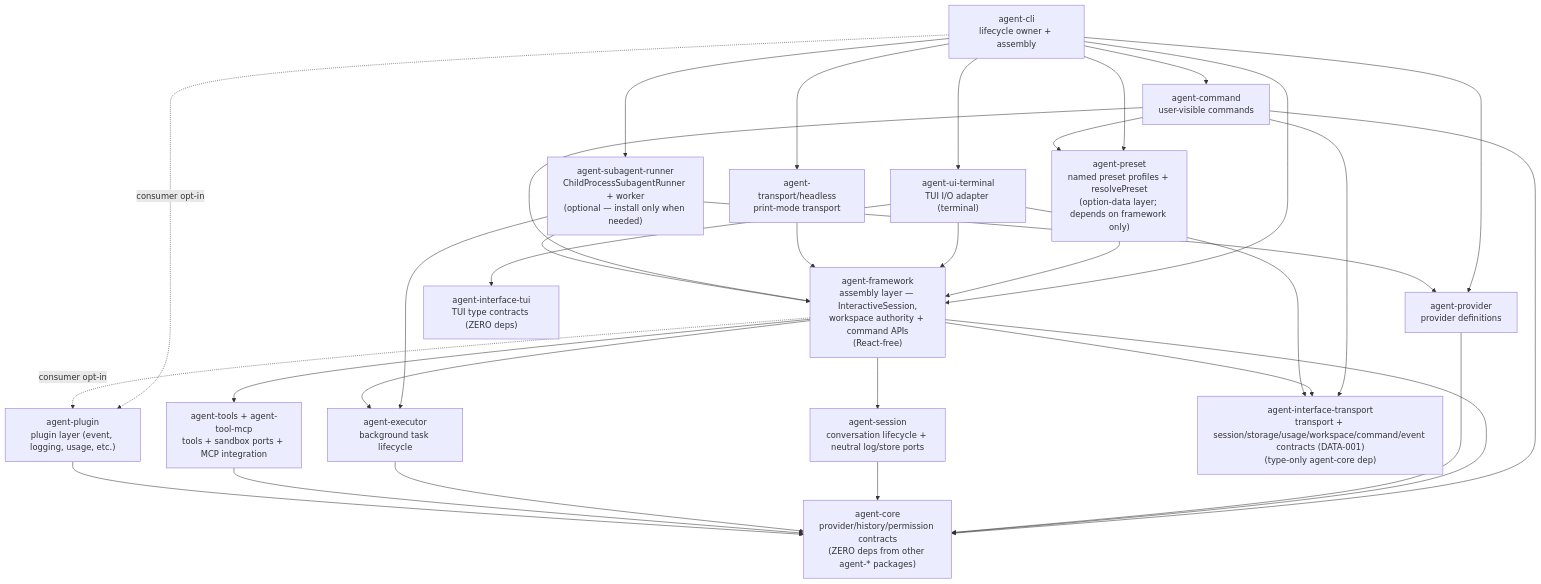
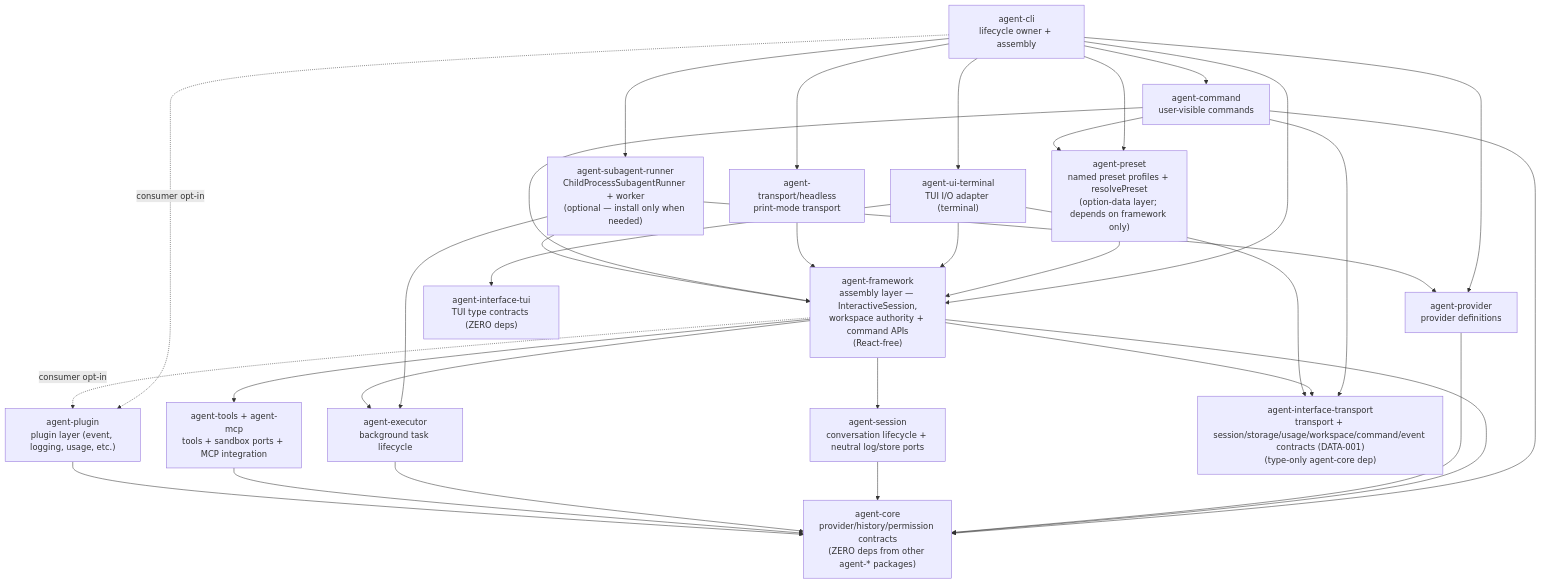
The first of 2 diagrams in .agents/specs/architecture-map/agent-system.md (woojubb/robota), drawn with Mermaid before and after one commit. The commit also changed 70 other files, not shown here.

````diff
--- a/.agents/specs/architecture-map/agent-system.md
+++ b/.agents/specs/architecture-map/agent-system.md
@@ -9,50 +9,50 @@
 ```mermaid
 flowchart TD
   AgentCLI["agent-cli\nlifecycle owner + assembly"]
   TuiTransport["agent-ui-terminal\nTUI I/O adapter (terminal)"]
   Headless["agent-transport/headless\nprint-mode transport"]
   Commands["agent-command\nuser-visible commands"]
   Framework["agent-framework\nassembly layer — InteractiveSession,\nworkspace authority + command APIs\n(React-free)"]
   Preset["agent-preset\nnamed preset profiles + resolvePreset\n(option-data layer; depends on framework only)"]
   Sessions["agent-session\nconversation lifecycle + neutral log/store ports"]
   Executor["agent-executor\nbackground task lifecycle"]
-  Tools["agent-tools + agent-tool-mcp\ntools + sandbox ports + MCP integration"]
+  Tools["agent-tools + agent-mcp\ntools + sandbox ports + MCP integration"]
   Core["agent-core\nprovider/history/permission contracts\n(ZERO deps from other agent-* packages)"]
   Providers["agent-provider\nprovider definitions"]
   SubagentRunner["agent-subagent-runner\nChildProcessSubagentRunner + worker\n(optional — install only when needed)"]
   Plugins["agent-plugin\nplugin layer (event, logging, usage, etc.)"]
   IfaceTransport["agent-interface-transport\ntransport + session/storage/usage/workspace/command/event contracts (DATA-001)\n(type-only agent-core dep)"]
   IfaceTui["agent-interface-tui\nTUI type contracts (ZERO deps)"]
 
   AgentCLI --> TuiTransport
   AgentCLI --> Framework
   AgentCLI --> Commands
   AgentCLI --> Providers
   AgentCLI --> Headless
   AgentCLI --> SubagentRunner
   AgentCLI --> Preset
   Commands --> Preset
   Preset --> Framework
   TuiTransport --> Framework
   AgentCLI -. "consumer opt-in" .-> Plugins
   Headless --> Framework
   Commands --> Framework
   Commands --> Core
   Commands --> IfaceTransport
   SubagentRunner --> Framework
   SubagentRunner --> Executor
   SubagentRunner --> Providers
   Framework --> Sessions
   Framework --> Executor
   Framework --> Tools
   Framework --> Core
   Framework -. "consumer opt-in" .-> Plugins
   Providers --> Core
   Sessions --> Core
   Executor --> Core
   Tools --> Core
   Plugins --> Core
   Framework --> IfaceTransport
   TuiTransport --> IfaceTransport
   TuiTransport --> IfaceTui
 ```
````
